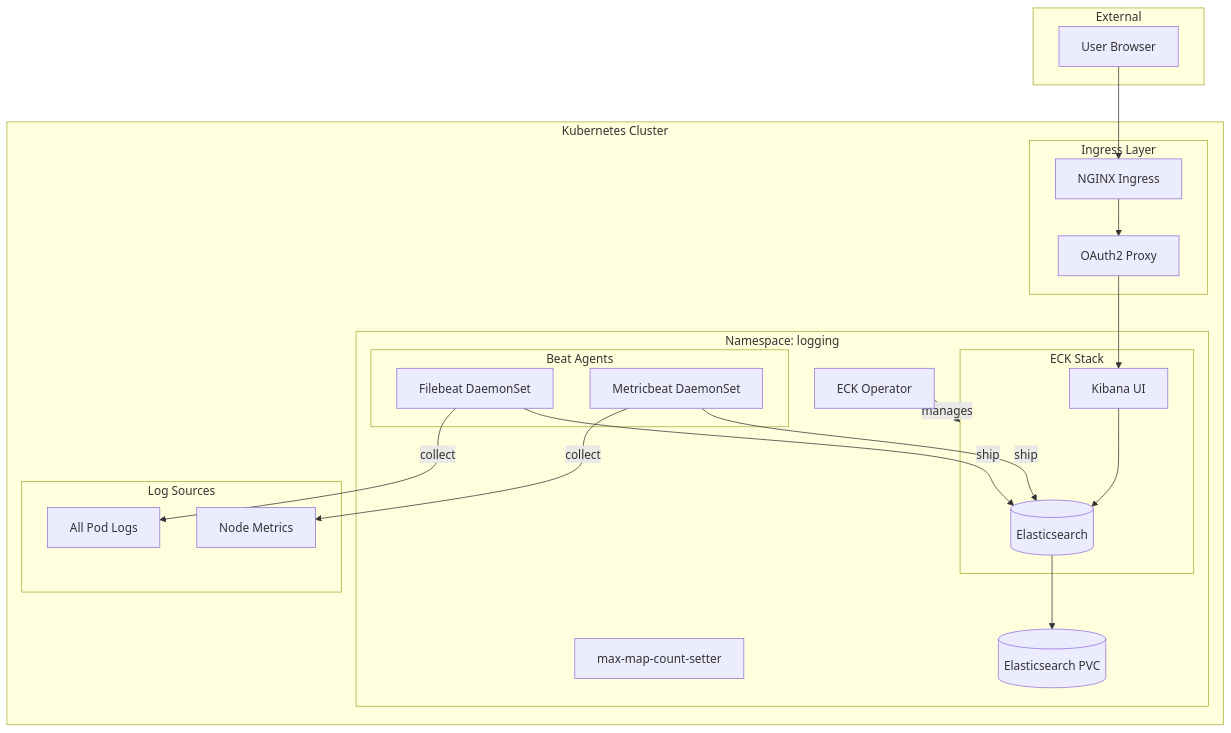
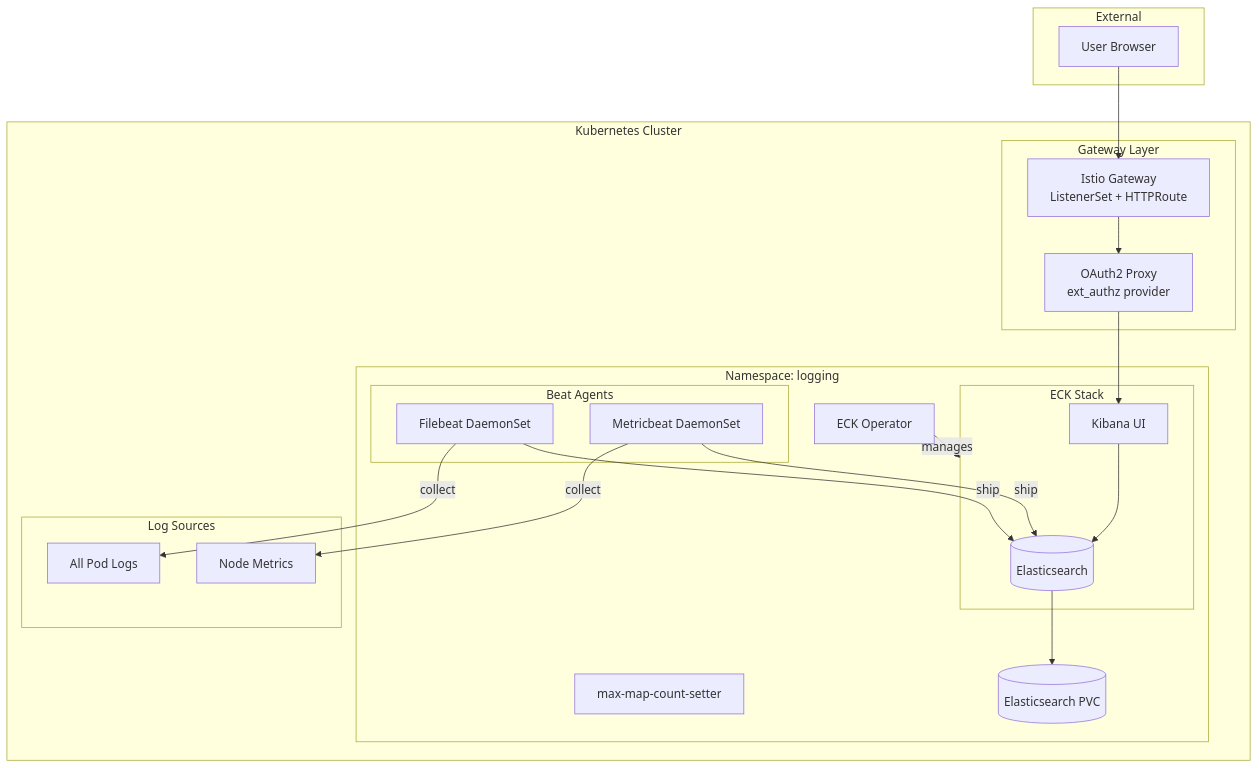
Before and after one commit to chrisleekr/homelab-infrastructure: the first of 2 diagrams in docs/stage2/logging.md, drawn with Mermaid. The commit also changed other lines of this file and 143 other files, not shown here.

Commit message:
feat(stage2): migrate nginx-ingress to Istio Gateway API (#119)

````diff
--- a/docs/stage2/logging.md
+++ b/docs/stage2/logging.md
@@ -7,46 +7,46 @@
 ```mermaid
 flowchart TB
     subgraph external [External]
         User[User Browser]
     end
 
     subgraph k8s [Kubernetes Cluster]
-        subgraph ingress [Ingress Layer]
-            Nginx[NGINX Ingress]
-            OAuth[OAuth2 Proxy]
+        subgraph ingress [Gateway Layer]
+            Gateway[Istio Gateway<br/>ListenerSet + HTTPRoute]
+            OAuth[OAuth2 Proxy<br/>ext_authz provider]
         end
 
         subgraph ns [Namespace: logging]
             subgraph eck [ECK Stack]
                 ES[(Elasticsearch)]
                 Kibana[Kibana UI]
             end
 
             subgraph beats [Beat Agents]
                 Filebeat[Filebeat DaemonSet]
                 Metricbeat[Metricbeat DaemonSet]
             end
 
             ECKOperator[ECK Operator]
             MapCount[max-map-count-setter]
             ESPVC[(Elasticsearch PVC)]
         end
 
         subgraph sources [Log Sources]
             Pods[All Pod Logs]
             Nodes[Node Metrics]
         end
     end
 
-    User --> Nginx
-    Nginx --> OAuth
+    User --> Gateway
+    Gateway --> OAuth
     OAuth --> Kibana
     Kibana --> ES
 
     Filebeat -->|collect| Pods
     Filebeat -->|ship| ES
     Metricbeat -->|collect| Nodes
     Metricbeat -->|ship| ES
     ES --> ESPVC
     ECKOperator -->|manages| eck
 ```
````
